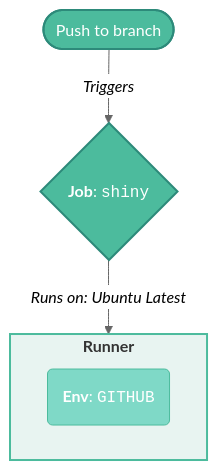
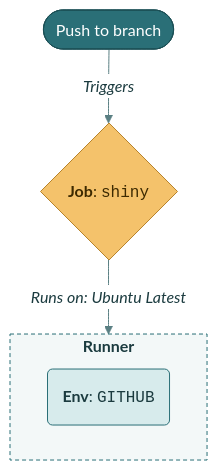
One commit to mjfrigaard/shiny-app-pkgs changed the sixth of 8 diagrams in gha.qmd. Above: the diagram before and after it, drawn with Mermaid. The commit also changed other lines of this file and 22 other files, not shown here.

First line of the commit message:
Standardize mermaid diagrams on the site teal palette

````diff
--- a/gha.qmd
+++ b/gha.qmd
@@ -855,16 +868,20 @@
 ```{mermaid}
 %%| fig-align: center
-%%{init: {'theme': 'neutral', 'themeVariables': { 'fontFamily': 'monospace', "fontSize":"16px"}}}%%
+%%{init: {'theme': 'base', 'themeVariables': { 'fontFamily': 'monospace', "fontSize":"16px", "primaryColor":"#D7EBEC", "primaryTextColor":"#1B3B3F", "primaryBorderColor":"#2A6F77", "lineColor":"#5A7F83", "edgeLabelBackground":"#FFFFFF", "clusterBkg":"#F3F8F8", "clusterBorder":"#2A6F77", "darkMode":false}}}%%
 flowchart TD
   Push(["Push to branch"])
   Push -->|"<em>Triggers</em>"| Shiny{"<strong>Job</strong>: <code>shiny</code>"}
     subgraph ubuntu["<strong>Runner</strong>"]
       Env("<strong>Env</strong>: <code>GITHUB</code>")
     end
   Shiny -->|"<em>Runs on: Ubuntu Latest</em>"| ubuntu
 
-  style Push fill:#4CBB9D,color:#fff,stroke:#2d8a7a,stroke-width:2px
-  style Shiny fill:#4CBB9D,color:#fff,stroke:#2d8a7a,stroke-width:2px
-  style ubuntu fill:#e8f4f1,stroke:#4CBB9D,stroke-width:2px
-  style Env fill:#7fd9c7,color:#fff,stroke:#4CBB9D,stroke-width:1px
+    classDef term fill:#2A6F77,color:#FFFFFF,stroke:#1B4F55,stroke-width:1px
+    classDef step fill:#D7EBEC,color:#1B3B3F,stroke:#2A6F77,stroke-width:1px
+    classDef decision fill:#F4C26B,color:#3D2A00,stroke:#B7832B,stroke-width:1px
+    classDef io fill:#FFFFFF,color:#1B3B3F,stroke:#2A6F77,stroke-width:1px
+    class Push term
+    class Env step
+    class Shiny decision
+    style ubuntu fill:#F3F8F8,color:#1B3B3F,stroke:#2A6F77,stroke-width:1px,stroke-dasharray:4 3
 ```
````
